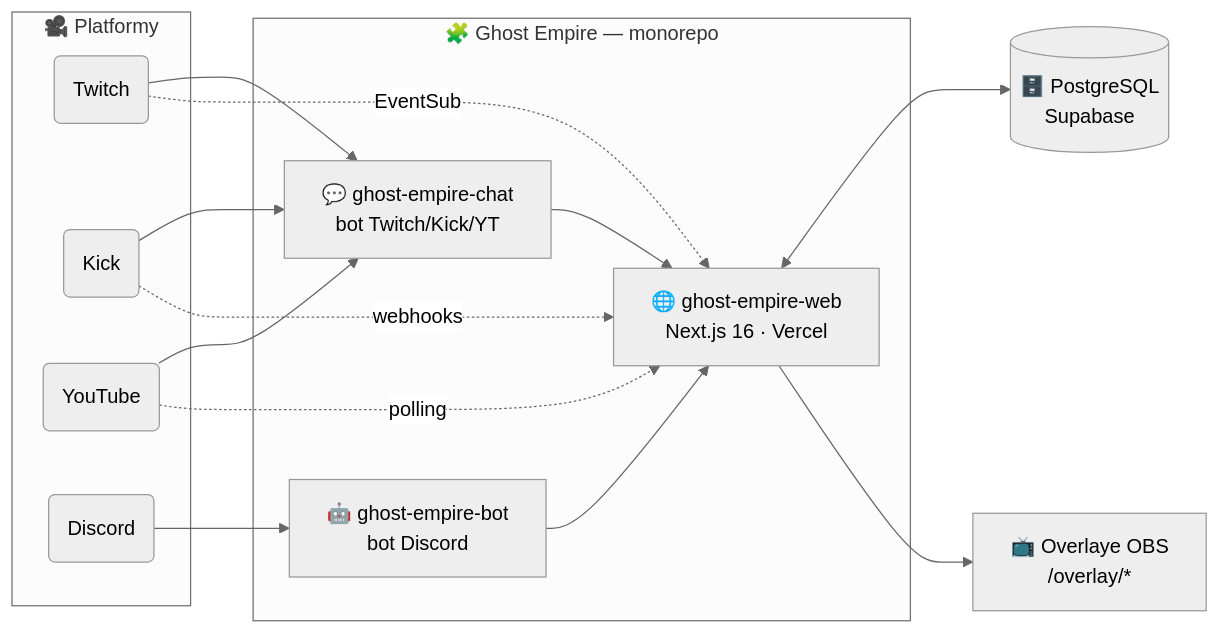
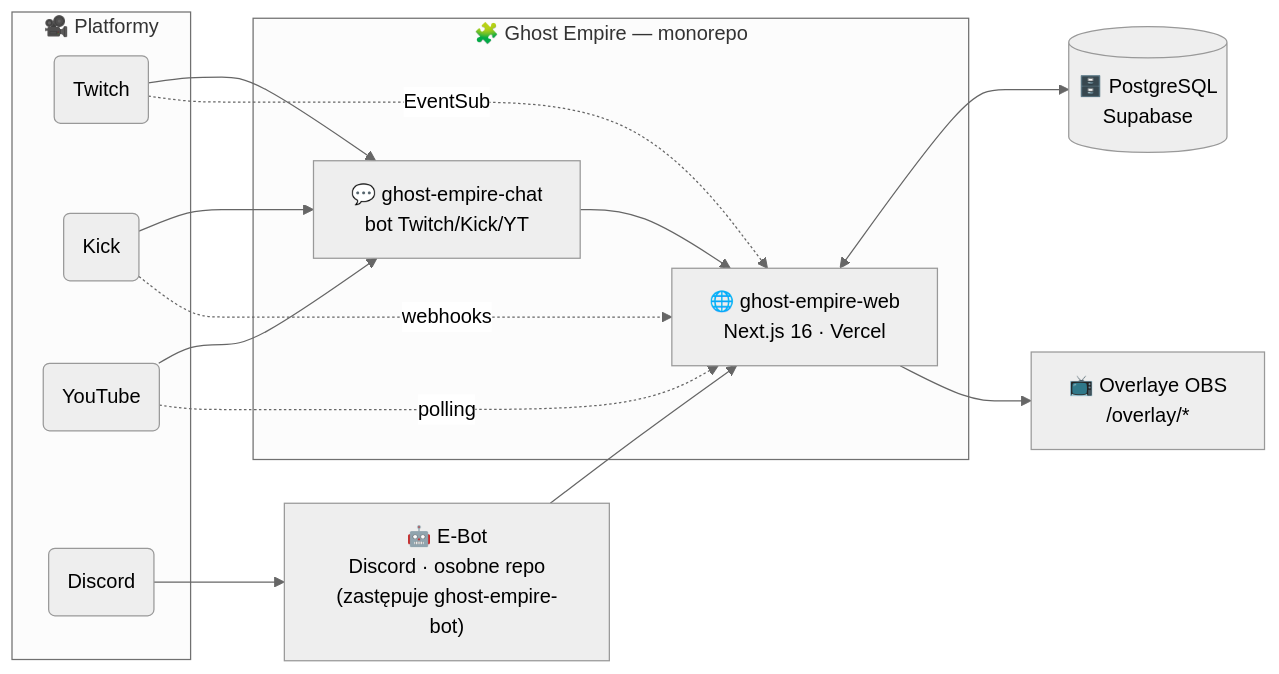
One commit to Gh0s777tt/ghost-empire changed the first of 3 diagrams in README.md. Above: the diagram before and after it, drawn with Mermaid (neutral theme). The commit also changed other lines of this file and 9 other files, not shown here.

First line of the commit message:
docs: retire ghost-empire-bot — superseded by external E-Bot (#184)

````diff
--- a/README.md
+++ b/README.md
@@ -74,21 +74,21 @@
 ```mermaid
 flowchart LR
     subgraph P["🎥 Platformy"]
       TW(Twitch) ; KK(Kick) ; YT(YouTube) ; DC(Discord)
     end
     subgraph A["🧩 Ghost Empire — monorepo"]
       WEB["🌐 ghost-empire-web<br/>Next.js 16 · Vercel"]
       CHAT["💬 ghost-empire-chat<br/>bot Twitch/Kick/YT"]
-      BOT["🤖 ghost-empire-bot<br/>bot Discord"]
     end
+    BOT["🤖 E-Bot<br/>Discord · osobne repo<br/>(zastępuje ghost-empire-bot)"]
     DB[("🗄️ PostgreSQL<br/>Supabase")]
     OBS["📺 Overlaye OBS<br/>/overlay/*"]
 
     TW & KK & YT --> CHAT --> WEB
     DC --> BOT --> WEB
     WEB <--> DB
     WEB --> OBS
     TW -. EventSub .-> WEB
     KK -. webhooks .-> WEB
     YT -. polling .-> WEB
 ```
````
